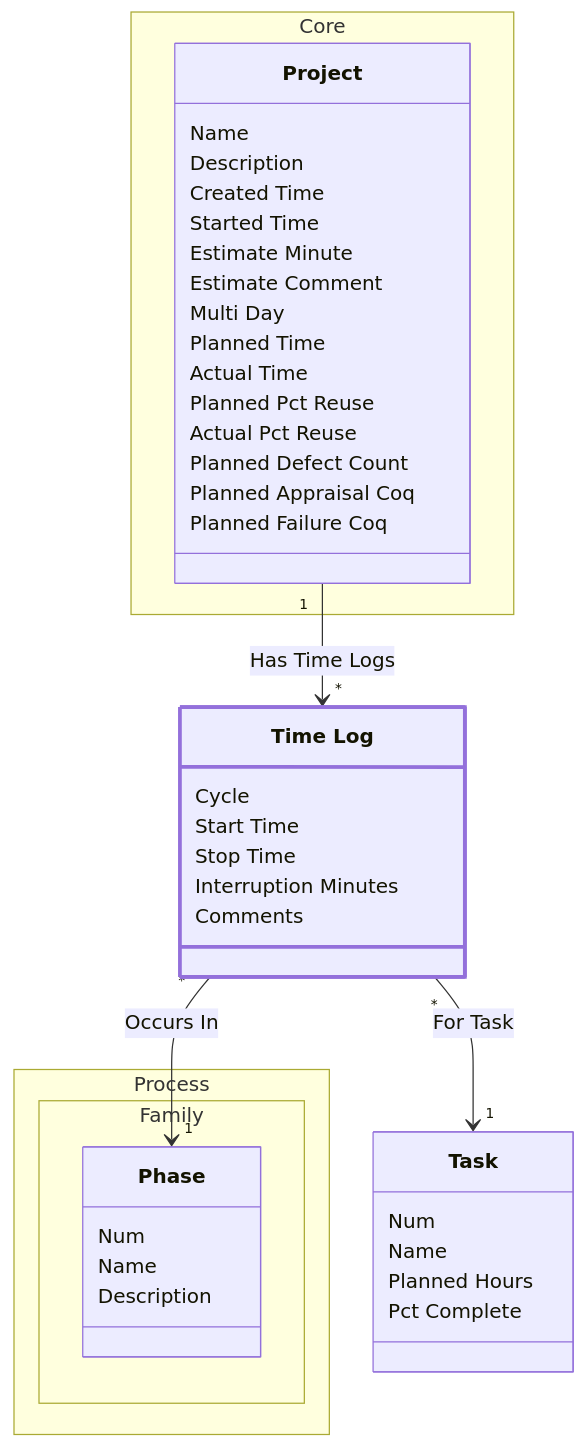
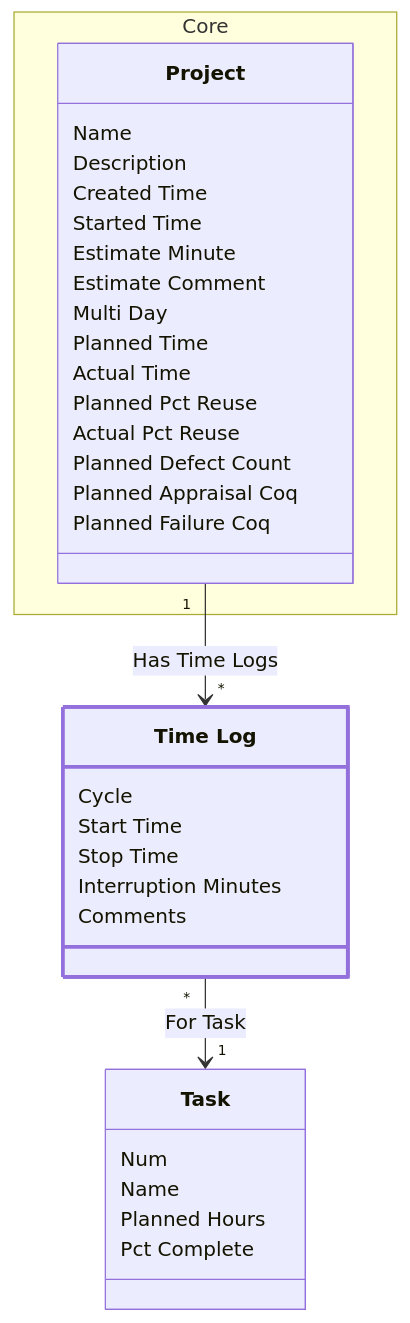
Before and after one commit to glemzurg/glemzurg: the diagram in examples/requirements/req/output/development/class-domain.project.subdomain.task.class.time_log.md, drawn with Mermaid. The commit also changed other lines of this file and 30 other files, not shown here.

````diff
--- a/examples/requirements/req/output/development/class-domain.project.subdomain.task.class.time_log.md
+++ b/examples/requirements/req/output/development/class-domain.project.subdomain.task.class.time_log.md
@@ -27,51 +27,43 @@
 ```mermaid
 ---
 config:
   class:
     hideEmptyMembersBox: true
 ---
 classDiagram
 class class_domain_project_subdomain_task_class_task["Task"] {
         Num
         Name
         Planned Hours
         Pct Complete
     }
 class class_domain_project_subdomain_task_class_time_log["Time Log"] {
         Cycle
         Start Time
         Stop Time
         Interruption Minutes
         Comments
     }
 namespace Core {
 class class_domain_project_subdomain_core_class_project["Project"] {
             Name
             Description
             Created Time
             Started Time
             Estimate Minute
             Estimate Comment
             Multi Day
             Planned Time
             Actual Time
             Planned Pct Reuse
             Actual Pct Reuse
             Planned Defect Count
             Planned Appraisal Coq
             Planned Failure Coq
         }
 }
-namespace Process.Family {
-class class_domain_process_subdomain_family_class_phase["Phase"] {
-            Num
-            Name
-            Description
-        }
-}
 style class_domain_project_subdomain_task_class_time_log stroke:#9370DB,stroke-width:3px
-class_domain_project_subdomain_task_class_time_log "*" --> "1" class_domain_process_subdomain_family_class_phase : Occurs In
 class_domain_project_subdomain_core_class_project "1" --> "*" class_domain_project_subdomain_task_class_time_log : Has Time Logs
 class_domain_project_subdomain_task_class_time_log "*" --> "1" class_domain_project_subdomain_task_class_task : For Task
 
 ```
````
